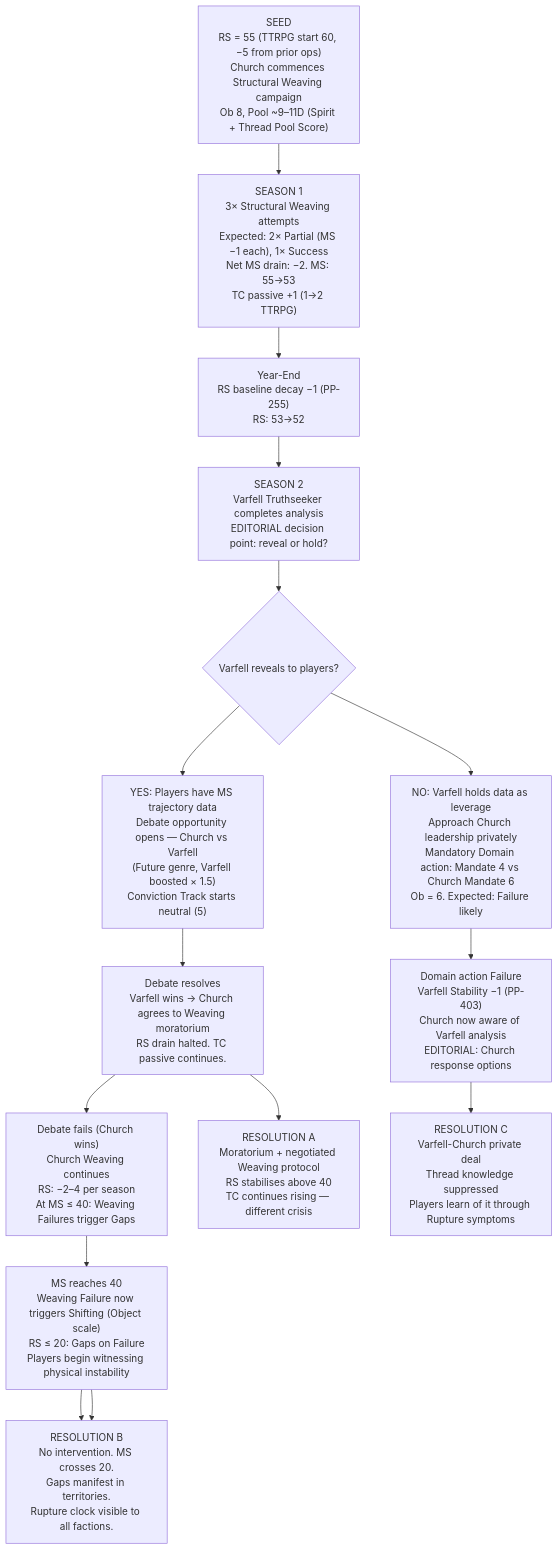
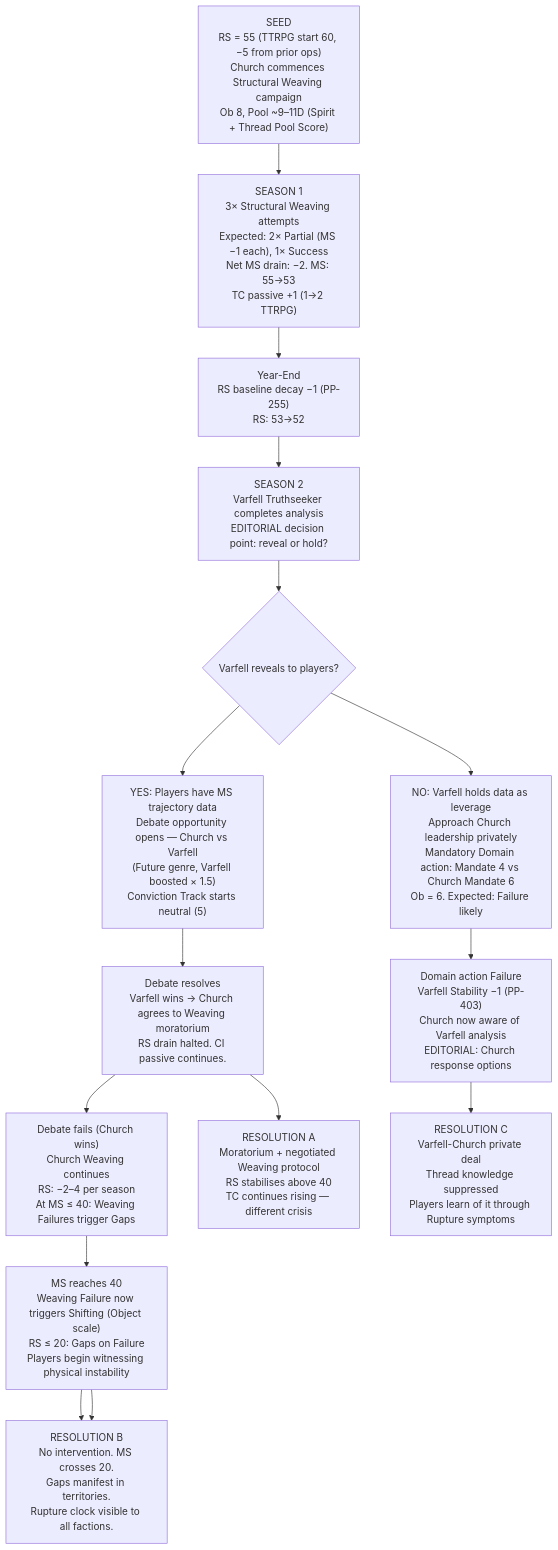
The first of 5 diagrams in designs/arcs/gm_ref/arcs_05_09.md (jordanelias/ttrpg), drawn with Mermaid before and after one commit. The commit also changed other lines of this file and 59 other files, not shown here.

````diff
--- a/designs/arcs/gm_ref/arcs_05_09.md
+++ b/designs/arcs/gm_ref/arcs_05_09.md
@@ -30,23 +30,23 @@
 ```mermaid
 flowchart TD
     A["SEED\nRS = 55 (TTRPG start 60, −5 from prior ops)\nChurch commences Structural Weaving campaign\nOb 8, Pool ~9–11D (Spirit + Thread Pool Score)"]
     B["SEASON 1\n3× Structural Weaving attempts\nExpected: 2× Partial (MS −1 each), 1× Success\nNet MS drain: −2. MS: 55→53\nTC passive +1 (1→2 TTRPG)"]
     C["Year-End\nRS baseline decay −1 (PP-255)\nRS: 53→52"]
     D["SEASON 2\nVarfell Truthseeker completes analysis\nEDITORIAL decision point: reveal or hold?"]
     E{"Varfell reveals to players?"}
     F["YES: Players have MS trajectory data\nDebate opportunity opens — Church vs Varfell\n(Future genre, Varfell boosted × 1.5)\nConviction Track starts neutral (5)"]
     G["NO: Varfell holds data as leverage\nApproach Church leadership privately\nMandatory Domain action: Mandate 4 vs Church Mandate 6\nOb = 6. Expected: Failure likely"]
-    H["Debate resolves\nVarfell wins → Church agrees to Weaving moratorium\nRS drain halted. TC passive continues."]
+    H["Debate resolves\nVarfell wins → Church agrees to Weaving moratorium\nRS drain halted. CI passive continues."]
     I["Debate fails (Church wins)\nChurch Weaving continues\nRS: −2–4 per season\nAt MS ≤ 40: Weaving Failures trigger Gaps"]
     J["Domain action Failure\nVarfell Stability −1 (PP-403)\nChurch now aware of Varfell analysis\nEDITORIAL: Church response options"]
     K["MS reaches 40\nWeaving Failure now triggers Shifting (Object scale)\nRS ≤ 20: Gaps on Failure\nPlayers begin witnessing physical instability"]
     L["RESOLUTION A\nMoratorium + negotiated Weaving protocol\nRS stabilises above 40\nTC continues rising — different crisis"]
     M["RESOLUTION B\nNo intervention. MS crosses 20.\nGaps manifest in territories.\nRupture clock visible to all factions."]
     N["RESOLUTION C\nVarfell-Church private deal\nThread knowledge suppressed\nPlayers learn of it through Rupture symptoms"]
 
     A --> B --> C --> D --> E
     E --> F --> H --> L
     H --> I --> K --> M
     E --> G --> J --> N
     K --> M
 ```
````
